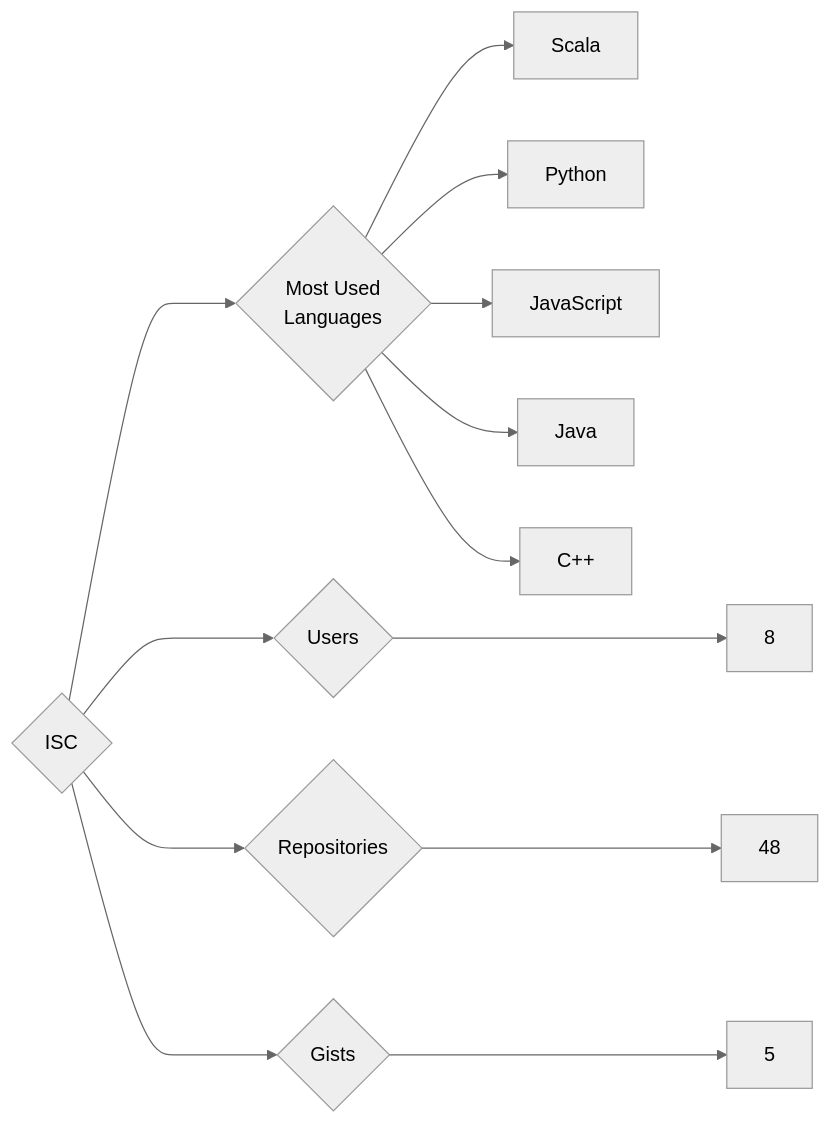
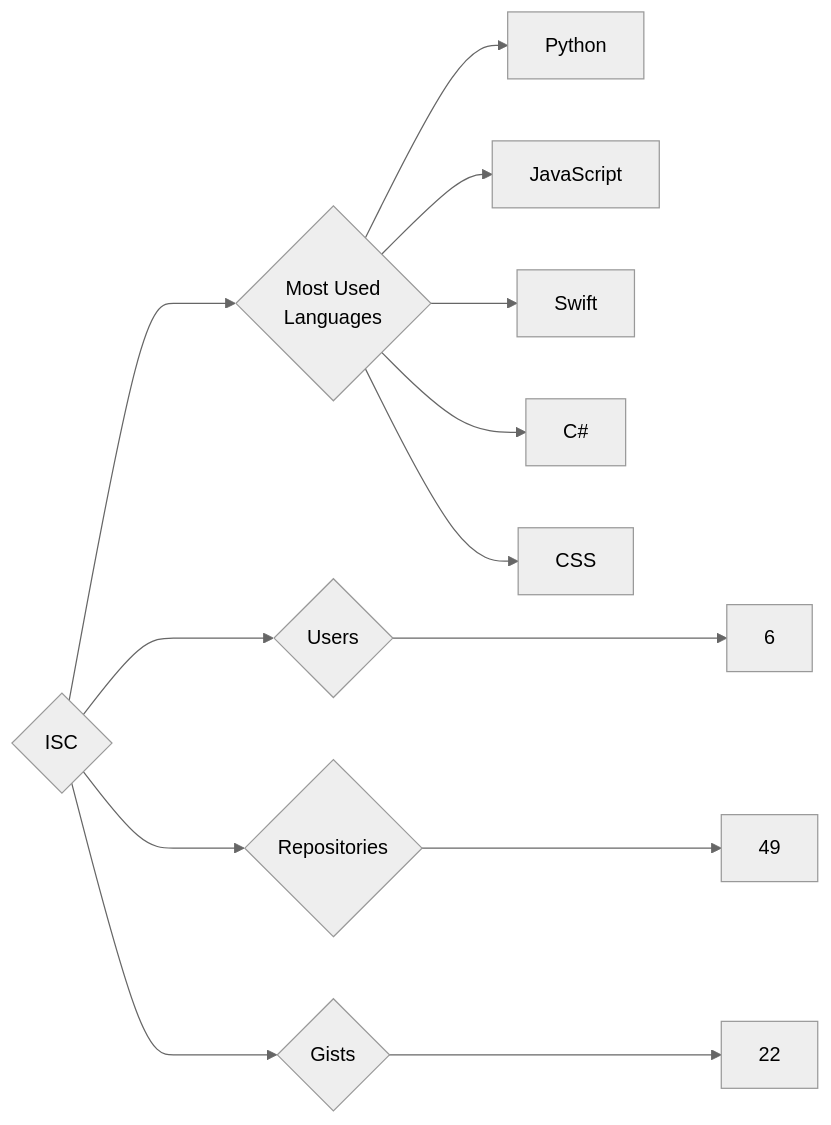
One commit to trickest/insiders changed the diagram in targets/ISC/README.md. Above: the diagram before and after it, drawn with Mermaid (neutral theme). The commit also changed 953 other files, not shown here.

````diff
--- a/targets/ISC/README.md
+++ b/targets/ISC/README.md
@@ -3,13 +3,13 @@
 ```mermaid
 graph LR
 COMPANY_NAME{ISC}
-COMPANY_NAME ---> U{Users} ---> UN[8]
-COMPANY_NAME ---> R{Repositories} ---> RN[48]
-COMPANY_NAME ---> G{Gists} ---> GN[5]
+COMPANY_NAME ---> U{Users} ---> UN[6]
+COMPANY_NAME ---> R{Repositories} ---> RN[49]
+COMPANY_NAME ---> G{Gists} ---> GN[22]
 COMPANY_NAME ---> ML{Most Used<br>Languages}
-ML --> Scala[Scala]
 ML --> Python[Python]
 ML --> JavaScript[JavaScript]
-ML --> Java[Java]
-ML --> C++[C++]
+ML --> Swift[Swift]
+ML --> C#[C#]
+ML --> CSS[CSS]
 ```
````
